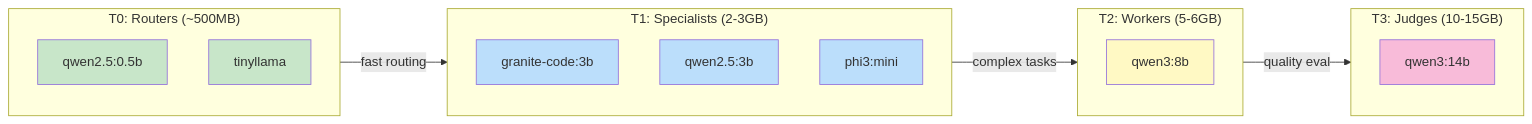
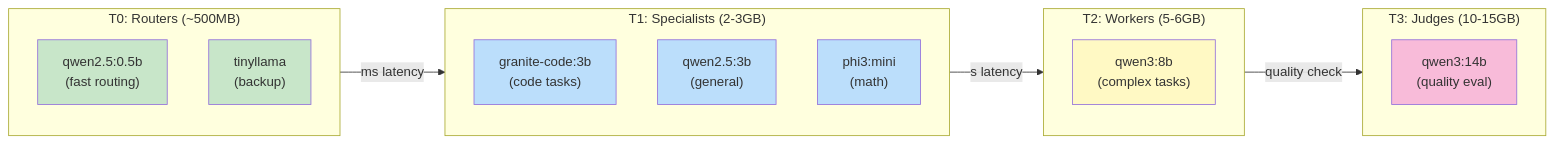
One commit to ndjstn/tinyllm changed the eighth of 8 diagrams in README.md. Above: the diagram before and after it, drawn with Mermaid. The commit also changed other lines of this file, not shown here.

First line of the commit message:
docs(readme): comprehensive overhaul with new architecture diagrams

````diff
--- a/README.md
+++ b/README.md
@@ -339,35 +475,35 @@
 ```mermaid
 graph LR
     subgraph T0["T0: Routers (~500MB)"]
-        R1["qwen2.5:0.5b"]
-        R2["tinyllama"]
+        R1["qwen2.5:0.5b\n(fast routing)"]
+        R2["tinyllama\n(backup)"]
     end
 
     subgraph T1["T1: Specialists (2-3GB)"]
-        S1["granite-code:3b"]
-        S2["qwen2.5:3b"]
-        S3["phi3:mini"]
+        S1["granite-code:3b\n(code tasks)"]
+        S2["qwen2.5:3b\n(general)"]
+        S3["phi3:mini\n(math)"]
     end
 
     subgraph T2["T2: Workers (5-6GB)"]
-        W1["qwen3:8b"]
+        W1["qwen3:8b\n(complex tasks)"]
     end
 
     subgraph T3["T3: Judges (10-15GB)"]
-        J1["qwen3:14b"]
+        J1["qwen3:14b\n(quality eval)"]
     end
 
-    T0 -->|"fast routing"| T1
-    T1 -->|"complex tasks"| T2
-    T2 -->|"quality eval"| T3
+    T0 -->|"ms latency"| T1
+    T1 -->|"s latency"| T2
+    T2 -->|"quality check"| T3
 
     classDef t0 fill:#c8e6c9
     classDef t1 fill:#bbdefb
     classDef t2 fill:#fff9c4
     classDef t3 fill:#f8bbd9
 
     class R1,R2 t0
     class S1,S2,S3 t1
     class W1 t2
     class J1 t3
 ```
````
